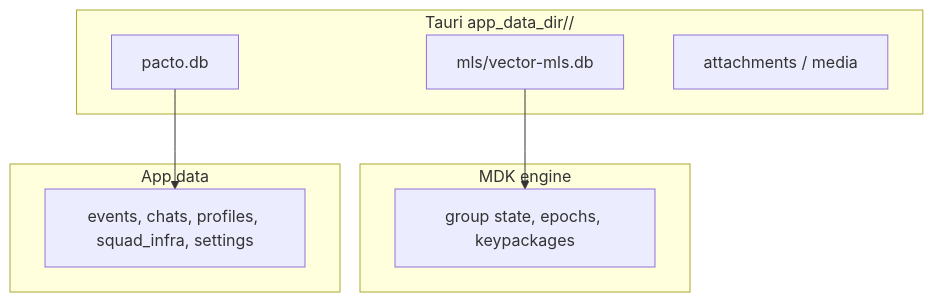
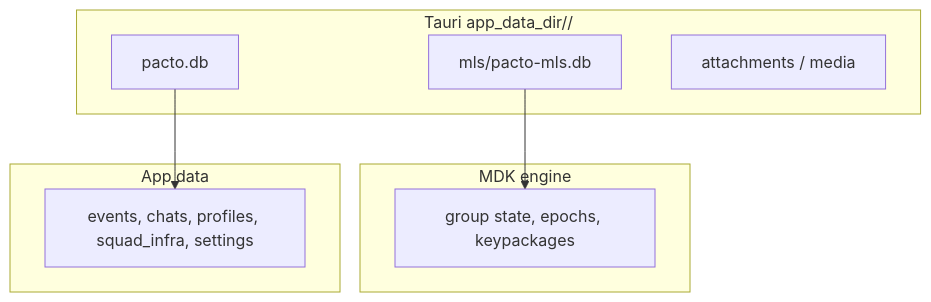
Before and after one commit to covenant-gov/pacto-app: the fourth of 4 diagrams in docs/ARCHITECTURE.md, drawn with Mermaid. The commit also changed other lines of this file and 10 other files, not shown here.

First line of the commit message:
refactor: rename MLS engine store from vector-mls.db to pacto-mls.db (#230)

````diff
--- a/docs/ARCHITECTURE.md
+++ b/docs/ARCHITECTURE.md
@@ -107,16 +107,16 @@
 ```mermaid
 flowchart TB
     subgraph Account["Tauri app_data_dir/<npub>/"]
         A[pacto.db]
-        B[mls/vector-mls.db]
+        B[mls/pacto-mls.db]
         C[attachments / media]
     end
     subgraph Engine["MDK engine"]
         D[group state, epochs, keypackages]
     end
     subgraph AppData["App data"]
         E[events, chats, profiles, squad_infra, settings]
     end
     B --> D
     A --> E
 ```
````
